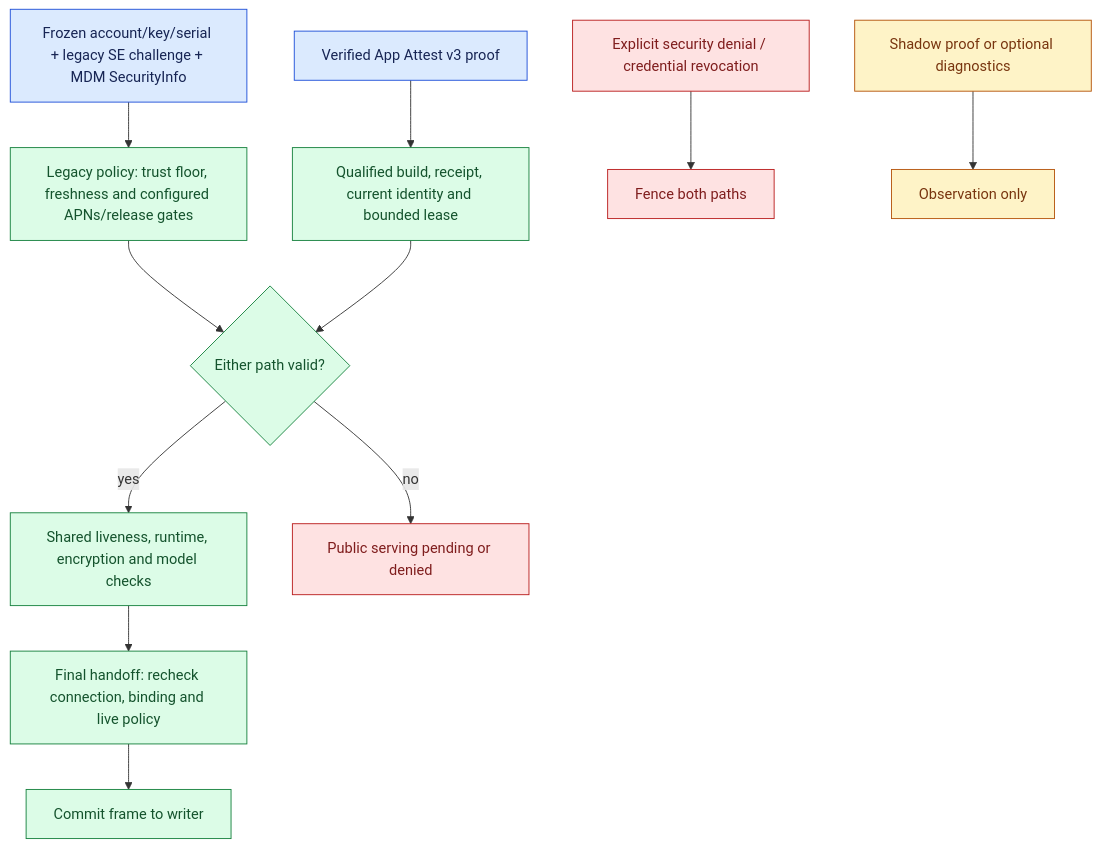
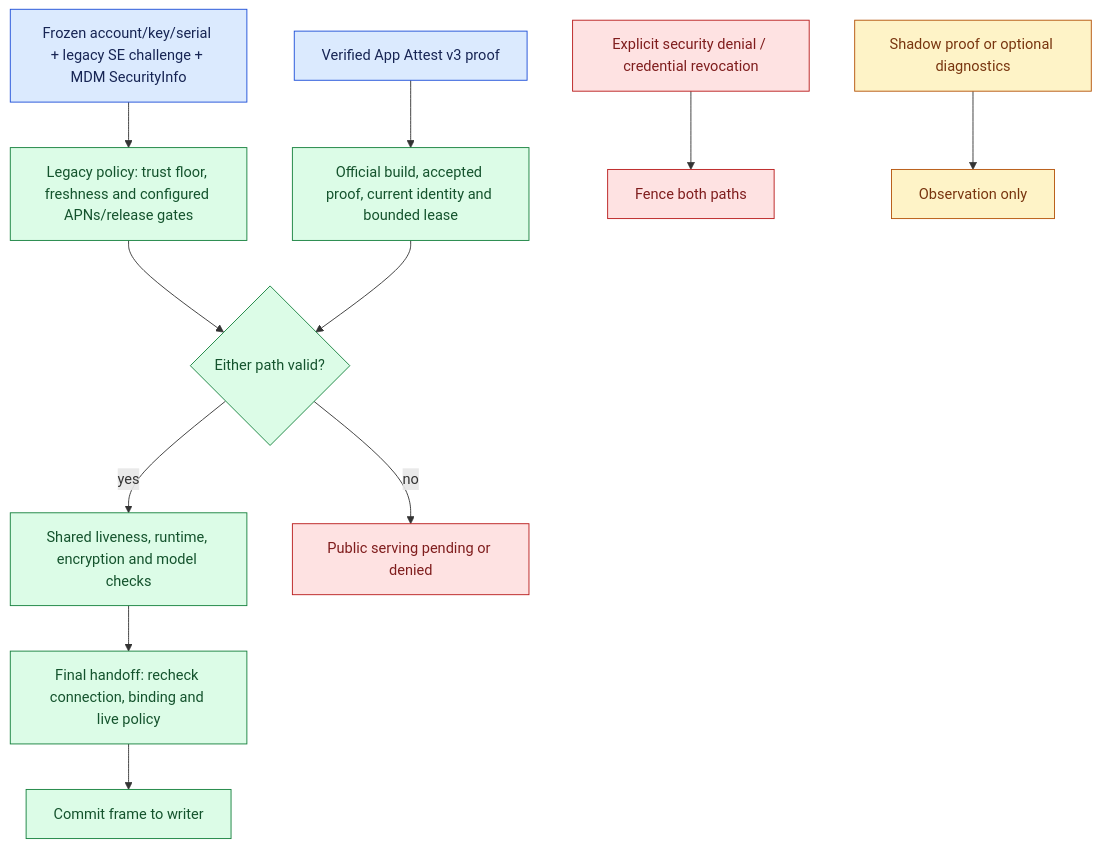
The diagram in docs/architecture/security/provider-trust.md (Layr-Labs/d-inference), drawn with Mermaid before and after one commit. The commit also changed other lines of this file and 4098 other files, not shown here.

````diff
--- a/docs/architecture/security/provider-trust.md
+++ b/docs/architecture/security/provider-trust.md
@@ -40,21 +55,21 @@
 ```mermaid
 flowchart TD
   L["Frozen account/key/serial + legacy SE challenge + MDM SecurityInfo"] --> LP["Legacy policy: trust floor, freshness and configured APNs/release gates"]
-  A["Verified App Attest v3 proof"] --> AP["Qualified build, receipt, current identity and bounded lease"]
+  A["Verified App Attest v3 proof"] --> AP["Official build, accepted proof, current identity and bounded lease"]
   LP --> E{"Either path valid?"}
   AP --> E
   E -->|yes| C["Shared liveness, runtime, encryption and model checks"]
   C --> H["Final handoff: recheck connection, binding and live policy"]
   H --> I["Commit frame to writer"]
   E -->|no| P["Public serving pending or denied"]
   D["Explicit security denial / credential revocation"] --> X["Fence both paths"]
   S["Shadow proof or optional diagnostics"] --> O["Observation only"]
   classDef evidence fill:#dbeafe,stroke:#1d4ed8,color:#172554
   classDef gate fill:#dcfce7,stroke:#15803d,color:#14532d
   classDef denied fill:#fee2e2,stroke:#b91c1c,color:#7f1d1d
   classDef observation fill:#fef3c7,stroke:#b45309,color:#78350f
   class L,A evidence
   class LP,AP,E,C,H,I gate
   class D,X,P denied
   class S,O observation
 ```
````
